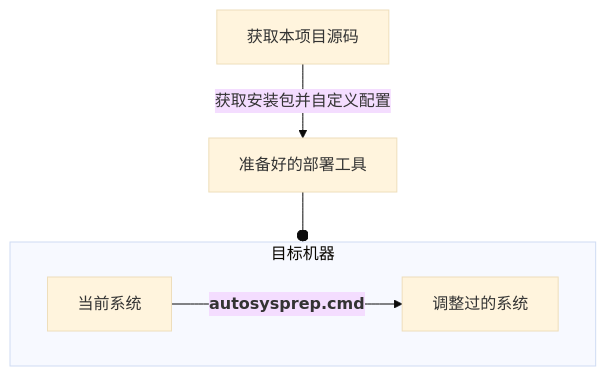
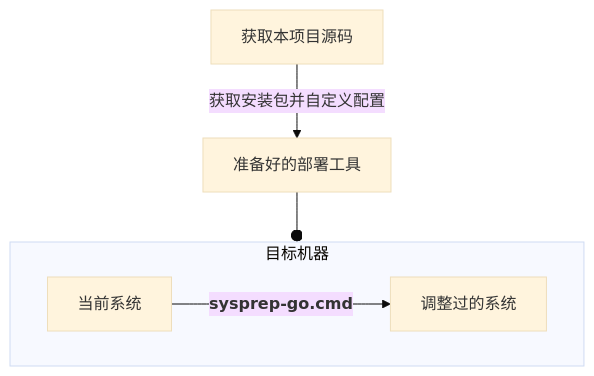
The second of 2 diagrams in README_ZH.md (neo-sam/mysysprep), drawn with Mermaid (base theme) before and after one commit. The commit also changed other lines of this file and 142 other files, not shown here.

````diff
--- a/README_ZH.md
+++ b/README_ZH.md
@@ -37,8 +37,8 @@
 ```mermaid
 flowchart TB
   fetch[获取本项目源码] -- 获取安装包并自定义配置 --> bundle[准备好的部署工具]
   subgraph config [目标机器]
-      old[当前系统] -- <b>autosysprep.cmd</b> --> new[调整过的系统]
+      old[当前系统] -- <b>sysprep-go.cmd</b> --> new[调整过的系统]
   end
   bundle --o config
 ```
````
